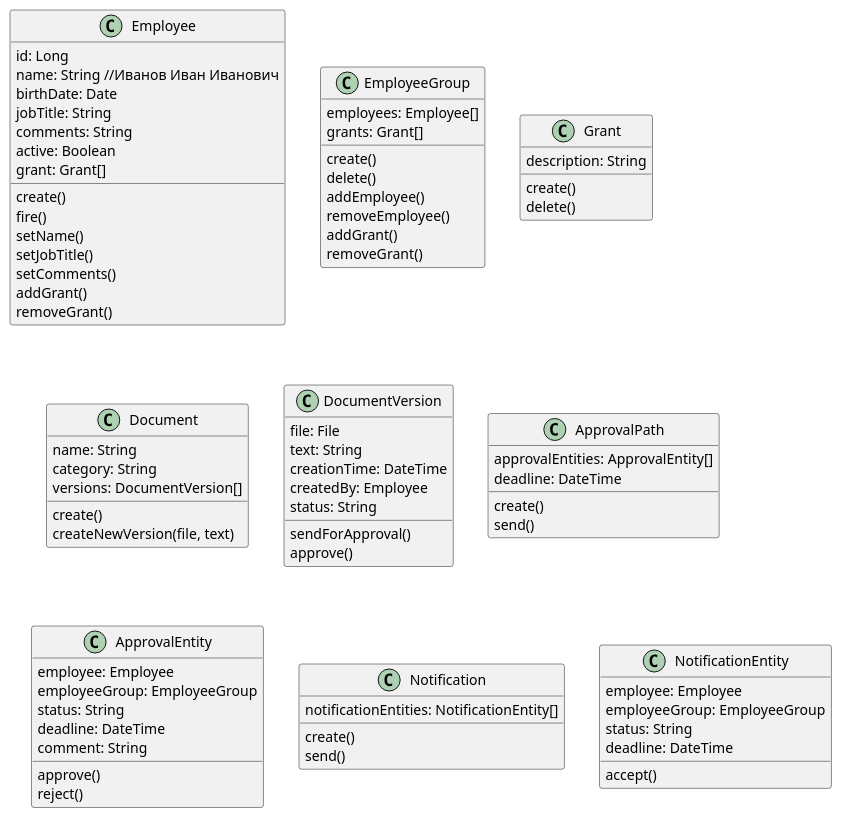
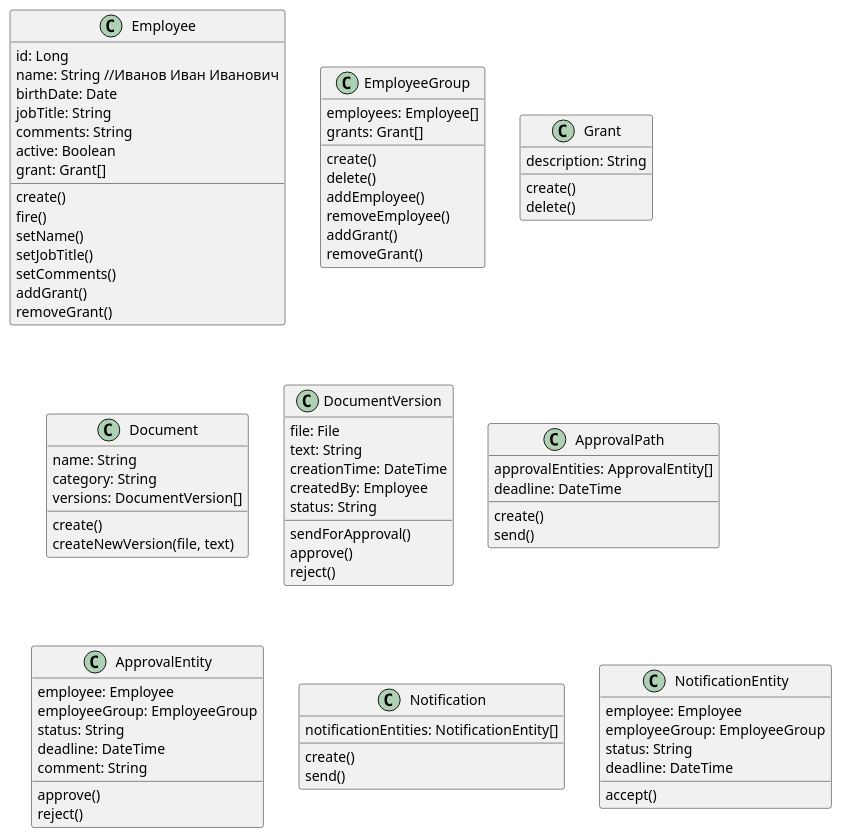
The diagram in documents/Class diagram.puml (bmstr-ru/matreshka-erp), drawn with PlantUML before and after one commit.

Commit message:
Add reject method for document version

```diff
--- a/documents/Class diagram.puml
+++ b/documents/Class diagram.puml
@@ -1,93 +1,94 @@
 @startuml
 class Employee {
     id: Long
     name: String //Иванов Иван Иванович
     birthDate: Date
     jobTitle: String
     comments: String
     active: Boolean
     grant: Grant[]
 
     create()
     fire()
     setName()
     setJobTitle()
     setComments()
     addGrant()
     removeGrant()
 }
 
 class EmployeeGroup {
     employees: Employee[]
     grants: Grant[]
 
     create()
     delete()
     addEmployee()
     removeEmployee()
     addGrant()
     removeGrant()
 }
 
 class Grant {
     description: String
 
     create()
     delete()
 }
 
 class Document {
     name: String
     category: String
     versions: DocumentVersion[]
 
     create()
     createNewVersion(file, text)
 }
 
 class DocumentVersion {
     file: File
     text: String
     creationTime: DateTime
     createdBy: Employee
     status: String
 
     sendForApproval()
     approve()
+    reject()
 }
 
 class ApprovalPath {
     approvalEntities: ApprovalEntity[]
     deadline: DateTime
 
     create()
     send()
 }
 
 class ApprovalEntity {
     employee: Employee
     employeeGroup: EmployeeGroup
     status: String
     deadline: DateTime
     comment: String
 
     approve()
     reject()
 }
 
 class Notification {
     notificationEntities: NotificationEntity[]
 
     create()
     send()
 }
 
 class NotificationEntity {
     employee: Employee
     employeeGroup: EmployeeGroup
     status: String
     deadline: DateTime
 
     accept()
 }
 @enduml
```
